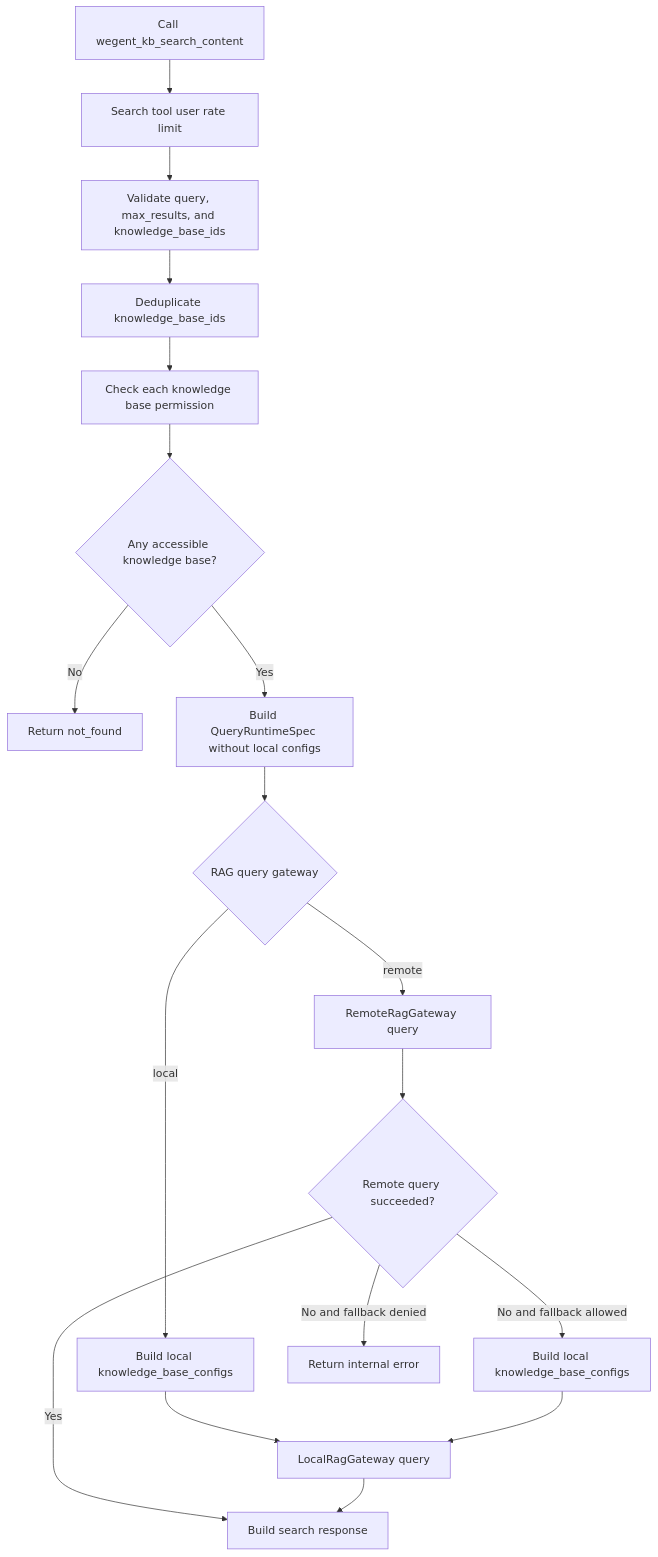
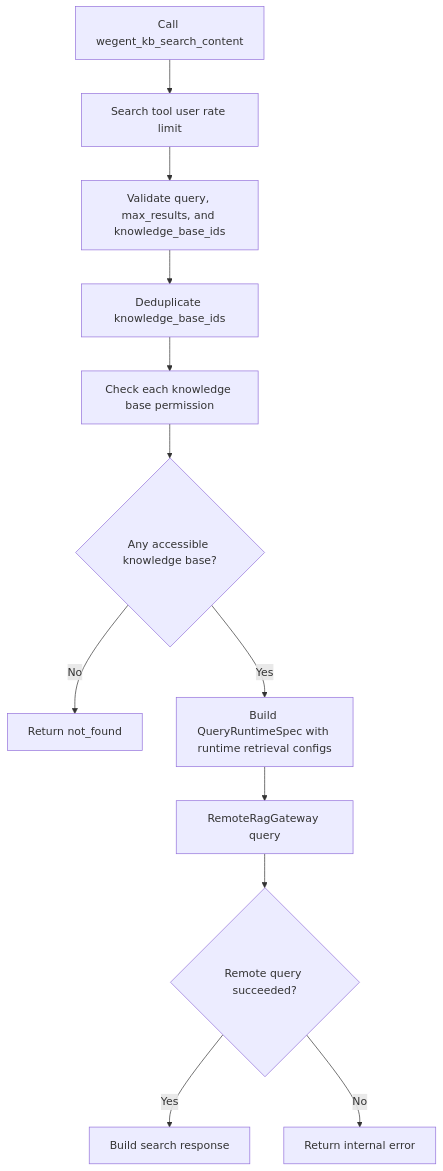
The third of 3 diagrams in docs/en/wegent/developer-guide/external-knowledge-mcp.md (wecode-ai/Wegent), drawn with Mermaid before and after one commit. The commit also changed other lines of this file and 18 other files, not shown here.

First line of the commit message:
refactor(rag): require the knowledge runtime in deployment and docs

````diff
--- a/docs/en/wegent/developer-guide/external-knowledge-mcp.md
+++ b/docs/en/wegent/developer-guide/external-knowledge-mcp.md
@@ -269,20 +267,14 @@
 ```mermaid
 flowchart TD
     start[Call wegent_kb_search_content] --> rate[Search tool user rate limit]
     rate --> validate[Validate query, max_results, and knowledge_base_ids]
     validate --> dedupe[Deduplicate knowledge_base_ids]
     dedupe --> access[Check each knowledge base permission]
     access --> found{Any accessible knowledge base?}
     found -->|No| not_found[Return not_found]
-    found -->|Yes| spec[Build QueryRuntimeSpec without local configs]
-    spec --> gateway{RAG query gateway}
-    gateway -->|local| build_local[Build local knowledge_base_configs]
-    build_local --> local_query[LocalRagGateway query]
-    gateway -->|remote| remote_query[RemoteRagGateway query]
+    found -->|Yes| spec[Build QueryRuntimeSpec with runtime retrieval configs]
+    spec --> remote_query[RemoteRagGateway query]
     remote_query --> ok{Remote query succeeded?}
     ok -->|Yes| response[Build search response]
-    ok -->|No and fallback allowed| build_fallback[Build local knowledge_base_configs]
-    build_fallback --> local_query
-    ok -->|No and fallback denied| error[Return internal error]
-    local_query --> response
+    ok -->|No| error[Return internal error]
 ```
````
